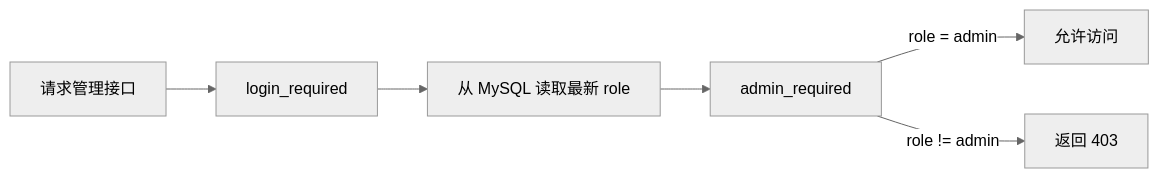
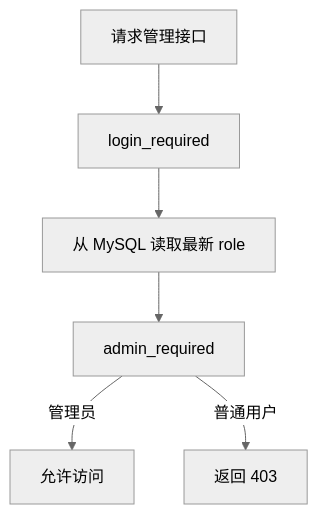
The eighth of 9 diagrams in docs/blogs/阶段0.2-JWT与Redis认证体系.md (myth8/zzx-ai-agent), drawn with Mermaid (neutral theme) before and after one commit. The commit also changed other lines of this file and 27 other files, not shown here.

````diff
--- a/docs/blogs/阶段0.2-JWT与Redis认证体系.md
+++ b/docs/blogs/阶段0.2-JWT与Redis认证体系.md
@@ -375,8 +333,8 @@
 ```mermaid
-flowchart LR
-    A[请求管理接口] --> B[login_required]
-    B --> C[从 MySQL 读取最新 role]
-    C --> D[admin_required]
-    D -->|role = admin| E[允许访问]
-    D -->|role != admin| F[返回 403]
+flowchart TD
+    A["请求管理接口"] --> B["login_required"]
+    B --> C["从 MySQL 读取最新 role"]
+    C --> D["admin_required"]
+    D -->|管理员| E["允许访问"]
+    D -->|普通用户| F["返回 403"]
 ```
````
